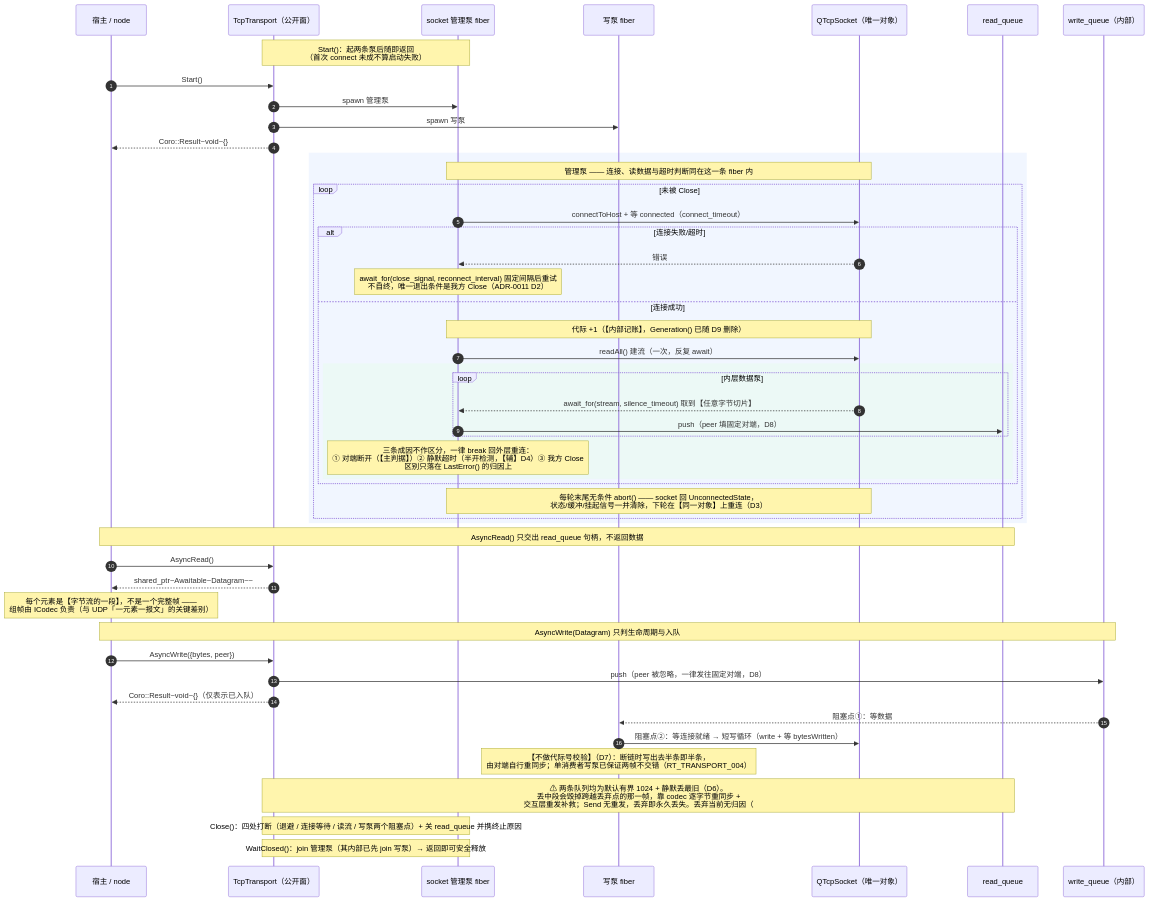
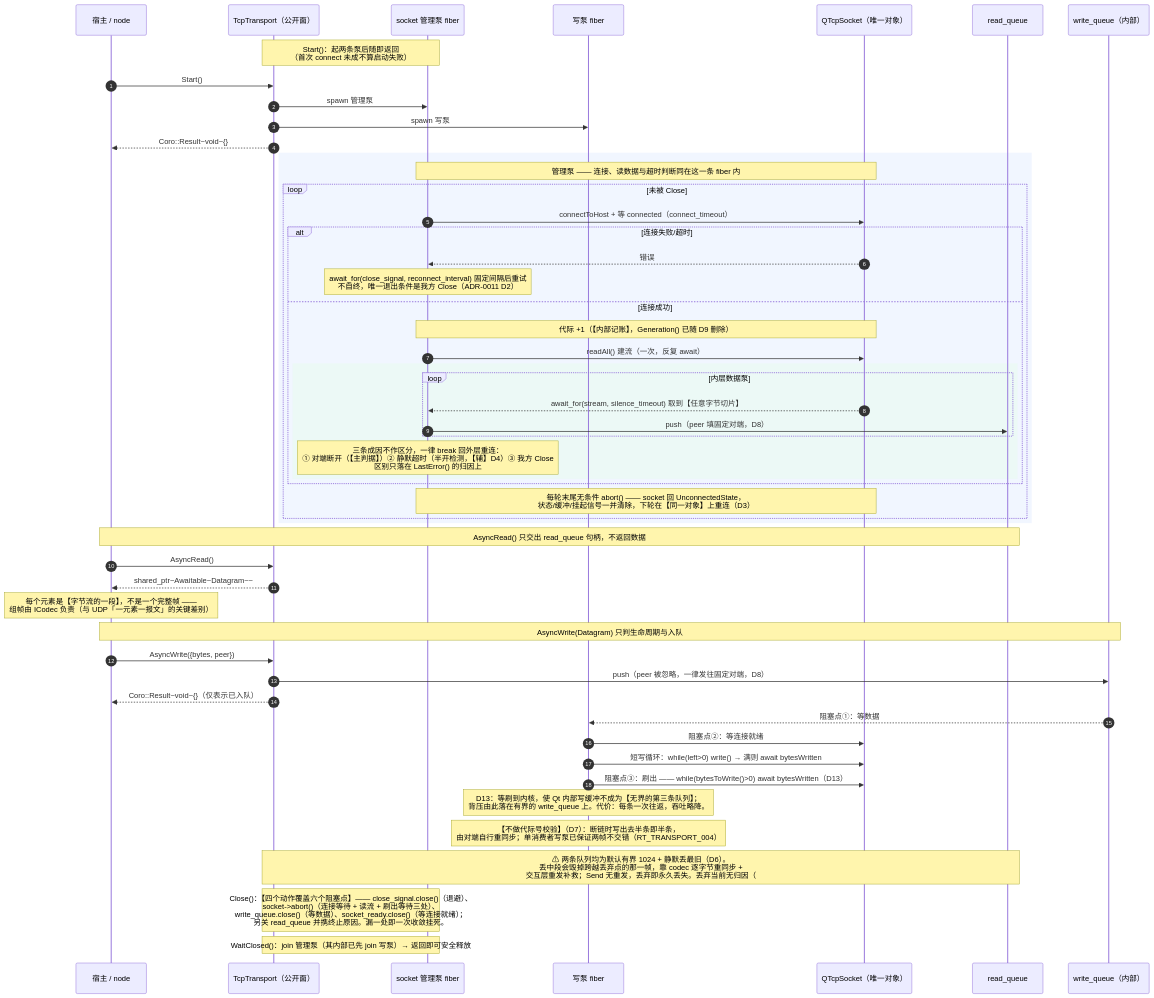
The diagram in docs/diagrams/seq-tcp-pump.mmd (Ste7an-cs/Transport), drawn with Mermaid before and after one commit. The commit also changed 3 other files, not shown here.

```diff
--- a/docs/diagrams/seq-tcp-pump.mmd
+++ b/docs/diagrams/seq-tcp-pump.mmd
@@ -1,55 +1,58 @@
 sequenceDiagram
     autonumber
     participant X as 宿主 / node
     participant T as TcpTransport（公开面）
     participant P as socket 管理泵 fiber
     participant W as 写泵 fiber
     participant S as QTcpSocket（唯一对象）
     participant RQ as read_queue
     participant WQ as write_queue（内部）
 
     Note over T,P: Start()：起两条泵后随即返回<br/>（首次 connect 未成不算启动失败）
     X->>T: Start()
     T->>P: spawn 管理泵
     T->>W: spawn 写泵
     T-->>X: Coro::Result~void~{}
 
     rect rgba(200,220,255,0.25)
     Note over P,S: 管理泵 —— 连接、读数据与超时判断同在这一条 fiber 内
     loop 未被 Close
         P->>S: connectToHost + 等 connected（connect_timeout）
         alt 连接失败/超时
             S-->>P: 错误
             Note over P: await_for(close_signal, reconnect_interval) 固定间隔后重试<br/>不自终，唯一退出条件是我方 Close（ADR-0011 D2）
         else 连接成功
             Note over P,S: 代际 +1（【内部记账】，Generation() 已随 D9 删除）
             P->>S: readAll() 建流（一次，反复 await）
             rect rgba(220,255,220,0.25)
             loop 内层数据泵
                 S-->>P: await_for(stream, silence_timeout) 取到【任意字节切片】
                 P->>RQ: push（peer 填固定对端，D8）
             end
             Note over P: 三条成因不作区分，一律 break 回外层重连：<br/>① 对端断开（【主判据】）② 静默超时（半开检测，【辅】D4）③ 我方 Close<br/>区别只落在 LastError() 的归因上
             end
         end
         Note over P,S: 每轮末尾无条件 abort() —— socket 回 UnconnectedState，<br/>状态/缓冲/挂起信号一并清除，下轮在【同一对象】上重连（D3）
     end
     end
 
     Note over X,RQ: AsyncRead() 只交出 read_queue 句柄，不返回数据
     X->>T: AsyncRead()
     T-->>X: shared_ptr~Awaitable~Datagram~~
     Note over X: 每个元素是【字节流的一段】，不是一个完整帧 —— <br/>组帧由 ICodec 负责（与 UDP「一元素一报文」的关键差别）
 
     Note over X,WQ: AsyncWrite(Datagram) 只判生命周期与入队
     X->>T: AsyncWrite({bytes, peer})
     T->>WQ: push（peer 被忽略，一律发往固定对端，D8）
     T-->>X: Coro::Result~void~{}（仅表示已入队）
     WQ-->>W: 阻塞点①：等数据
-    W->>S: 阻塞点②：等连接就绪 → 短写循环（write + 等 bytesWritten）
+    W->>S: 阻塞点②：等连接就绪
+    W->>S: 短写循环：while(left>0) write() → 满则 await bytesWritten
+    W->>S: 阻塞点③：刷出 —— while(bytesToWrite()>0) await bytesWritten（D13）
+    Note over W: D13：等刷到内核，使 Qt 内部写缓冲不成为【无界的第三条队列】；<br/>背压由此落在有界的 write_queue 上。代价：每条一次往返，吞吐略降。
     Note over W: 【不做代际号校验】（D7）：断链时写出去半条即半条，<br/>由对端自行重同步；单消费者写泵已保证两帧不交错（RT_TRANSPORT_004）
 
     Note over T,RQ: ⚠ 两条队列均为默认有界 1024 + 静默丢最旧（D6）。<br/>丢中段会毁掉跨越丢弃点的那一帧，靠 codec 逐字节重同步 +<br/>交互层重发补救；Send 无重发，丢弃即永久丢失。丢弃当前无归因（#152/#176）
 
-    Note over T,P: Close()：四处打断（退避 / 连接等待 / 读流 / 写泵两个阻塞点）+ 关 read_queue 并携终止原因
+    Note over T,P: Close()：【四个动作覆盖六个阻塞点】—— close_signal.close()（退避）、<br/>socket->abort()（连接等待 + 读流 + 刷出等待三处）、<br/>write_queue.close()（等数据）、socket_ready.close()（等连接就绪）；<br/>另关 read_queue 并携终止原因。漏一处即一次收敛挂死。
     Note over T,P: WaitClosed()：join 管理泵（其内部已先 join 写泵）→ 返回即可安全释放
```
